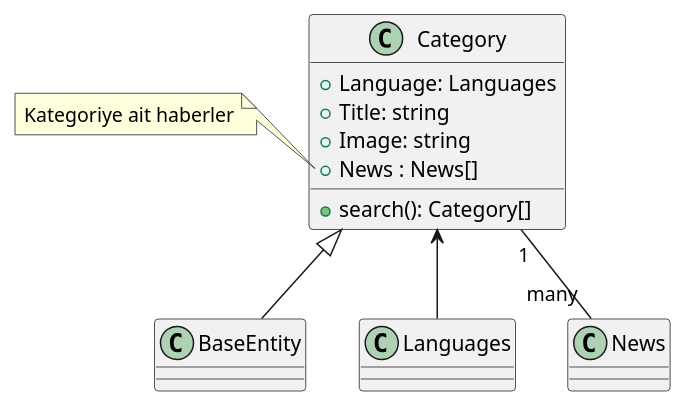
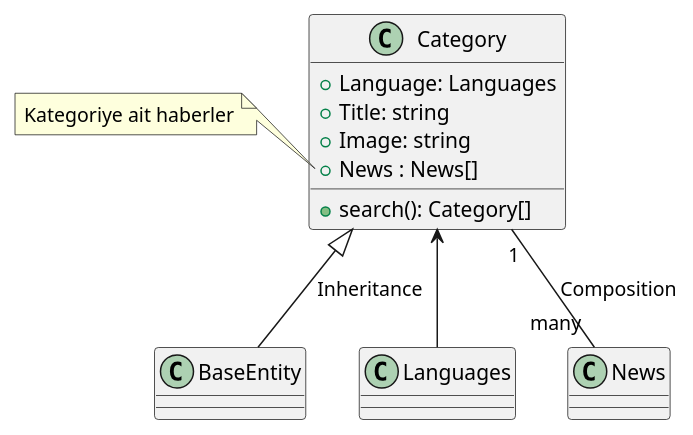
Before and after one commit to evrendev/sport-club: the diagram in uml/News/Category.puml, drawn with PlantUML. The commit also changed 27 other files, not shown here.

Commit message:
Resource file added for fixtures, updated uml class diagrams

```diff
--- a/uml/News/Category.puml
+++ b/uml/News/Category.puml
@@ -1,20 +1,20 @@
-@startuml Class Diagram
+@startuml Category Class Diagram
 
 class Category  {
     + Language: Languages
     + Title: string 
     + Image: string
     + News : News[] 
 
     + search(): Category[]
 }
 
-Category <|-- BaseEntity
+Category <|-- BaseEntity: Inheritance
 Category <-- Languages
-Category "1" -- "many" News
+Category "1" -- "many" News: Composition
 
 note left of Category::News 
 Kategoriye ait haberler
 end note
  
 @enduml
```
